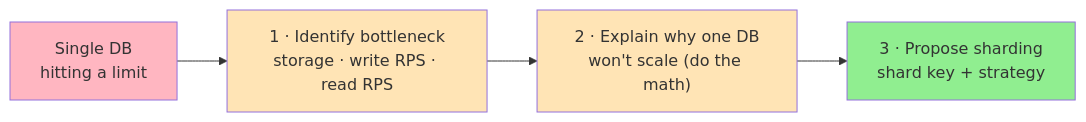
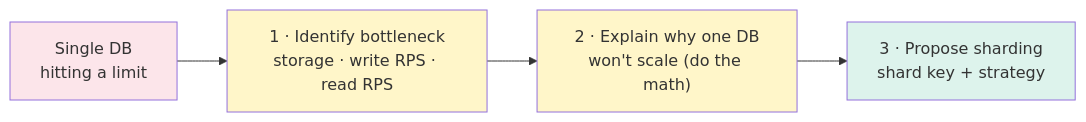
Before and after one commit to cartmancodes/InterviewVault: the second of 2 diagrams in LLD/SystemDesign/CoreConcepts/Sharding.md, drawn with Mermaid. The commit also changed other lines of this file and 679 other files, not shown here.

Commit message:
Unify content diagrams and add accessible visual walkthroughs

````diff
--- a/LLD/SystemDesign/CoreConcepts/Sharding.md
+++ b/LLD/SystemDesign/CoreConcepts/Sharding.md
@@ -284,11 +288,11 @@
 ```mermaid
 graph LR
     B["Single DB<br/>hitting a limit"] --> ID["1 · Identify bottleneck<br/>storage · write RPS · read RPS"]
     ID --> EX["2 · Explain why one DB<br/>won't scale (do the math)"]
     EX --> SH["3 · Propose sharding<br/>shard key + strategy"]
 
-    style B fill:#FFB6C1
-    style ID fill:#FFE4B5
-    style EX fill:#FFE4B5
-    style SH fill:#90EE90
+    style B fill:#FCE5EA
+    style ID fill:#FFF6C9
+    style EX fill:#FFF6C9
+    style SH fill:#DDF3EC
 ```
````
